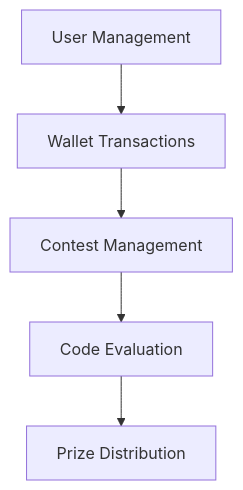
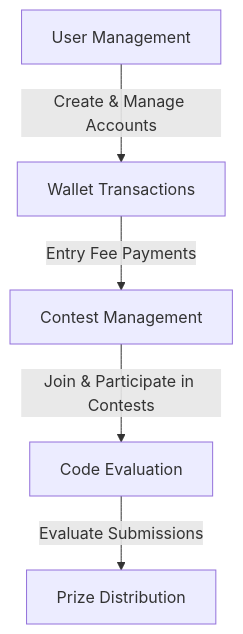
The second of 4 diagrams in Test.md (IIITLucknowSWEngg/CSITTeam016), drawn with Mermaid before and after one commit. The commit also changed other lines of this file, not shown here.

````diff
--- a/Test.md
+++ b/Test.md
@@ -117,7 +113,7 @@
 ```mermaid
-flowchart TD  
-    A[User Management] --> B[Wallet Transactions]  
-    B --> C[Contest Management]  
-    C --> D[Code Evaluation]  
-    D --> E[Prize Distribution]  
+flowchart TD
+    A[User Management] -->|Create & Manage Accounts| B[Wallet Transactions]
+    B -->|Entry Fee Payments| C[Contest Management]
+    C -->|Join & Participate in Contests| D[Code Evaluation]
+    D -->|Evaluate Submissions| E[Prize Distribution] 
 ```
````
